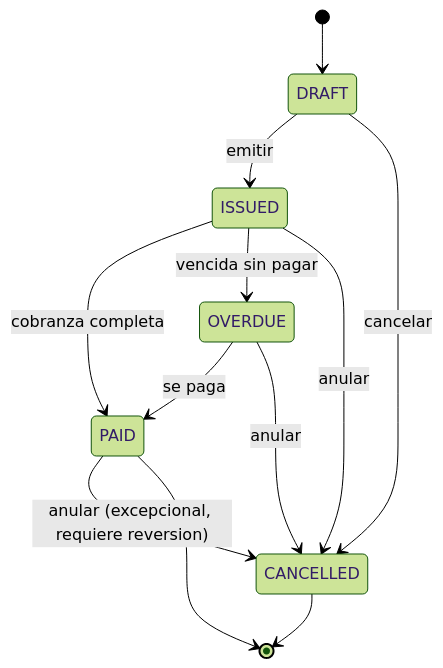
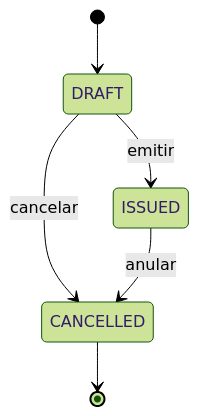
The sixth of 30 diagrams in docs/bloqer2.0/01-domain/STATE_MACHINES.md (simonbravin/bloqer-v2), drawn with Mermaid (forest theme) before and after one commit. The commit also changed other lines of this file and 62 other files, not shown here.

````diff
--- a/docs/bloqer2.0/01-domain/STATE_MACHINES.md
+++ b/docs/bloqer2.0/01-domain/STATE_MACHINES.md
@@ -216,14 +220,8 @@
 ```mermaid
 stateDiagram-v2
   [*] --> DRAFT
   DRAFT --> ISSUED : emitir
   DRAFT --> CANCELLED : cancelar
-  ISSUED --> PAID : cobranza completa
-  ISSUED --> OVERDUE : vencida sin pagar
-  OVERDUE --> PAID : se paga
   ISSUED --> CANCELLED : anular
-  OVERDUE --> CANCELLED : anular
-  PAID --> CANCELLED : anular (excepcional, requiere reversion)
-  PAID --> [*]
   CANCELLED --> [*]
 ```
````
